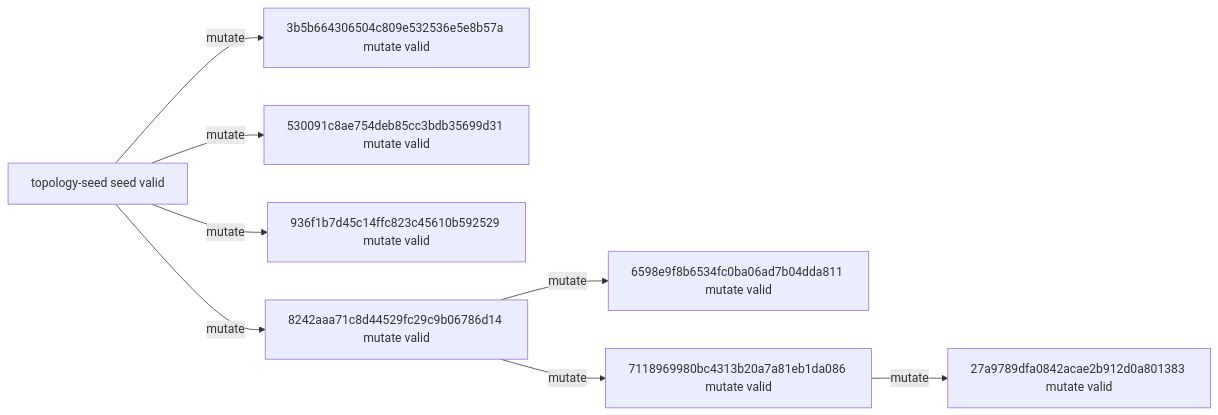
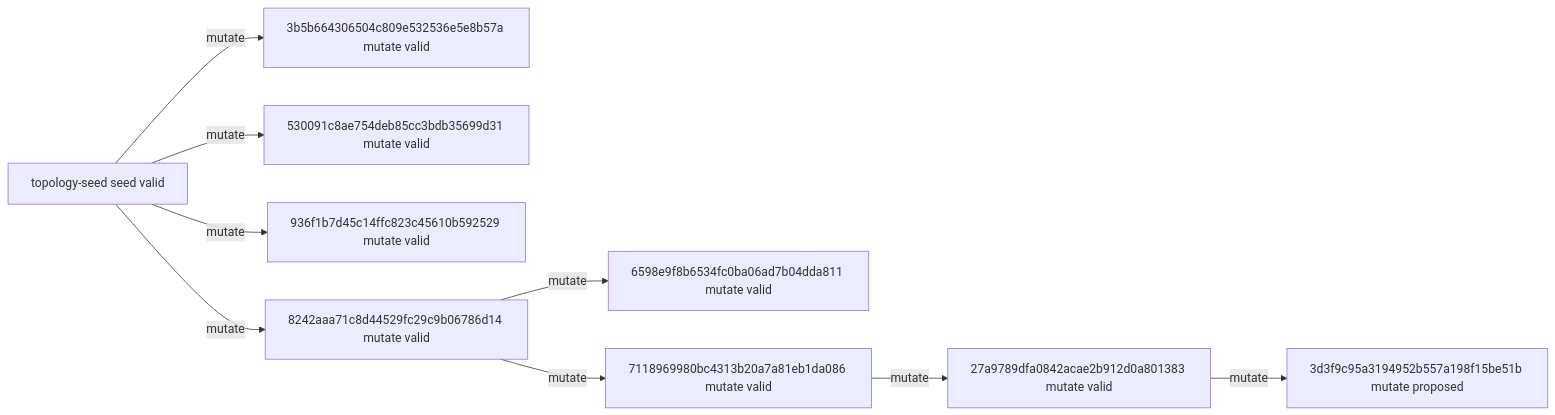
One commit to timbtz/feyer-search-lab changed the diagram in experiments/campaigns/layout-numerical-lane1/README.md. Above: the diagram before and after it, drawn with Mermaid. The commit also changed other lines of this file and 7 other files, not shown here.

````diff
--- a/experiments/campaigns/layout-numerical-lane1/README.md
+++ b/experiments/campaigns/layout-numerical-lane1/README.md
@@ -21,18 +21,20 @@
 ```mermaid
 graph LR
   n0["topology-seed seed valid"]
   n1["3b5b664306504c809e532536e5e8b57a mutate valid"]
   n2["530091c8ae754deb85cc3bdb35699d31 mutate valid"]
   n3["936f1b7d45c14ffc823c45610b592529 mutate valid"]
   n4["8242aaa71c8d44529fc29c9b06786d14 mutate valid"]
   n5["6598e9f8b6534fc0ba06ad7b04dda811 mutate valid"]
   n6["7118969980bc4313b20a7a81eb1da086 mutate valid"]
   n7["27a9789dfa0842acae2b912d0a801383 mutate valid"]
+  n8["3d3f9c95a3194952b557a198f15be51b mutate proposed"]
   n0 -->|mutate| n1
   n0 -->|mutate| n2
   n0 -->|mutate| n3
   n0 -->|mutate| n4
   n4 -->|mutate| n5
   n4 -->|mutate| n6
   n6 -->|mutate| n7
+  n7 -->|mutate| n8
 ```
````
